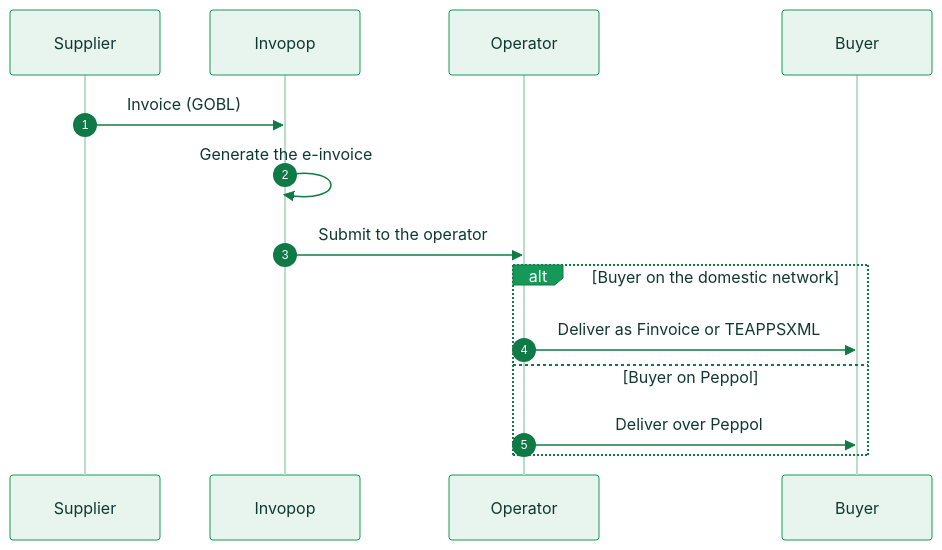
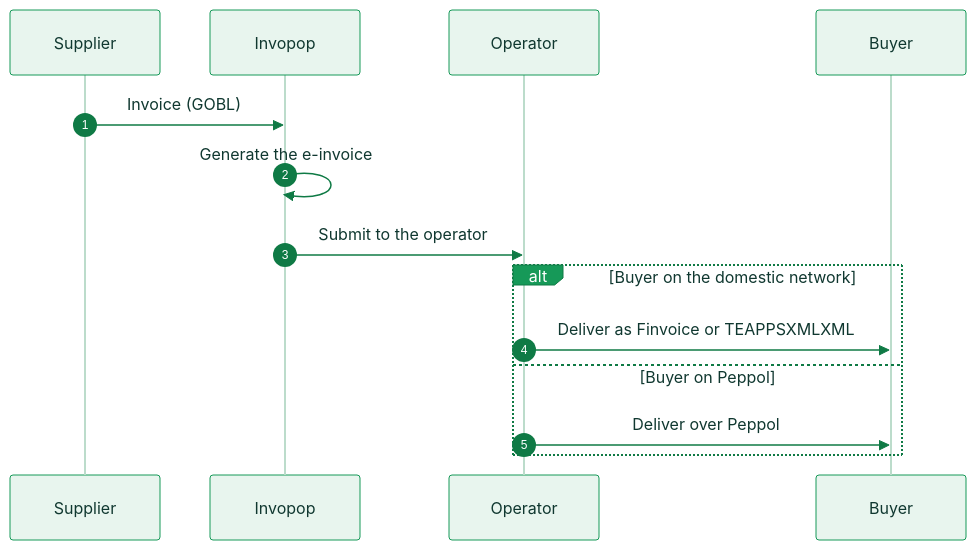
The diagram in compliance/finland.mdx (invopop/docs.invopop.com), drawn with Mermaid before and after one commit.

Commit message:
Spell out TEAPPSXML in the routing diagram

````diff
--- a/compliance/finland.mdx
+++ b/compliance/finland.mdx
@@ -41,17 +41,17 @@
 ```mermaid actions={false}
 %%{init: {'theme':'base','themeVariables':{'actorBkg':'#e8f5ee','actorBorder':'#169958','actorTextColor':'#103830','actorLineColor':'#bcdccb','signalColor':'#0f7a45','signalTextColor':'#103830','noteBkgColor':'#ffffff','noteBorderColor':'#169958','noteTextColor':'#103830','labelBoxBkgColor':'#169958','labelBoxBorderColor':'#0f7a45','labelTextColor':'#ffffff','sequenceNumberColor':'#ffffff'}}}%%
 sequenceDiagram
     autonumber
     participant S as Supplier
     participant IV as Invopop
     participant AX as Operator
     participant B as Buyer
     S->>IV: Invoice (GOBL)
     IV->>IV: Generate the e-invoice
     IV->>AX: Submit to the operator
     alt Buyer on the domestic network
-        AX->>B: Deliver as Finvoice or TEAPPSXML
+        AX->>B: Deliver as Finvoice or TEAPPSXMLXML
     else Buyer on Peppol
         AX->>B: Deliver over Peppol
     end
 ```
````
